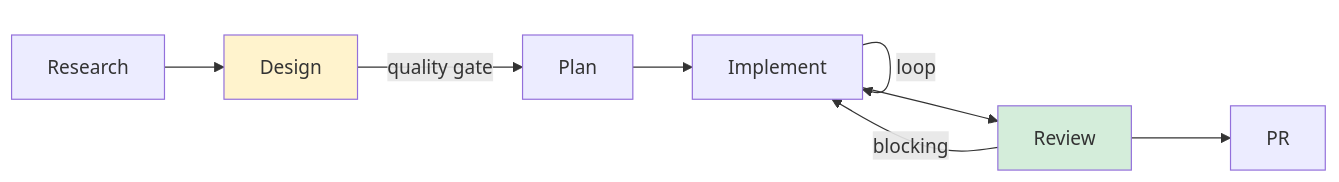
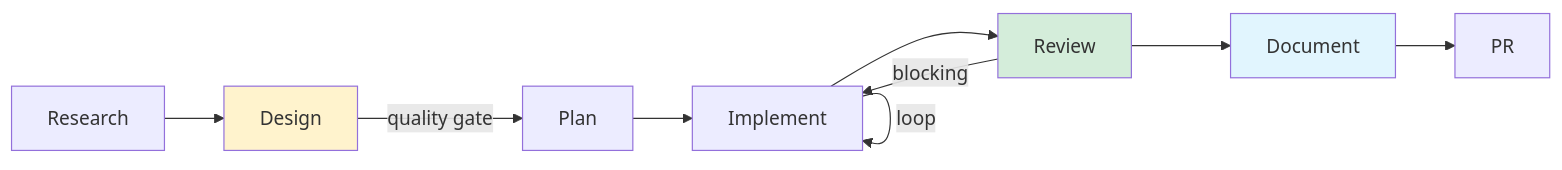
One commit to ikovinski/Claude changed the first of 2 diagrams in docs/dev-workflow/README.md. Above: the diagram before and after it, drawn with Mermaid. The commit also changed other lines of this file and 10 other files, not shown here.

````diff
--- a/docs/dev-workflow/README.md
+++ b/docs/dev-workflow/README.md
@@ -7,13 +7,15 @@
 ```mermaid
 flowchart LR
     R[Research] --> D[Design]
     D -->|quality gate| P[Plan]
     P --> I[Implement]
     I -->|loop| I
     I --> Rev[Review]
     Rev -->|blocking| I
-    Rev --> PR[PR]
+    Rev --> Doc[Document]
+    Doc --> PR[PR]
 
     style D fill:#fff3cd
     style Rev fill:#d4edda
+    style Doc fill:#e1f5fe
 ```
````
